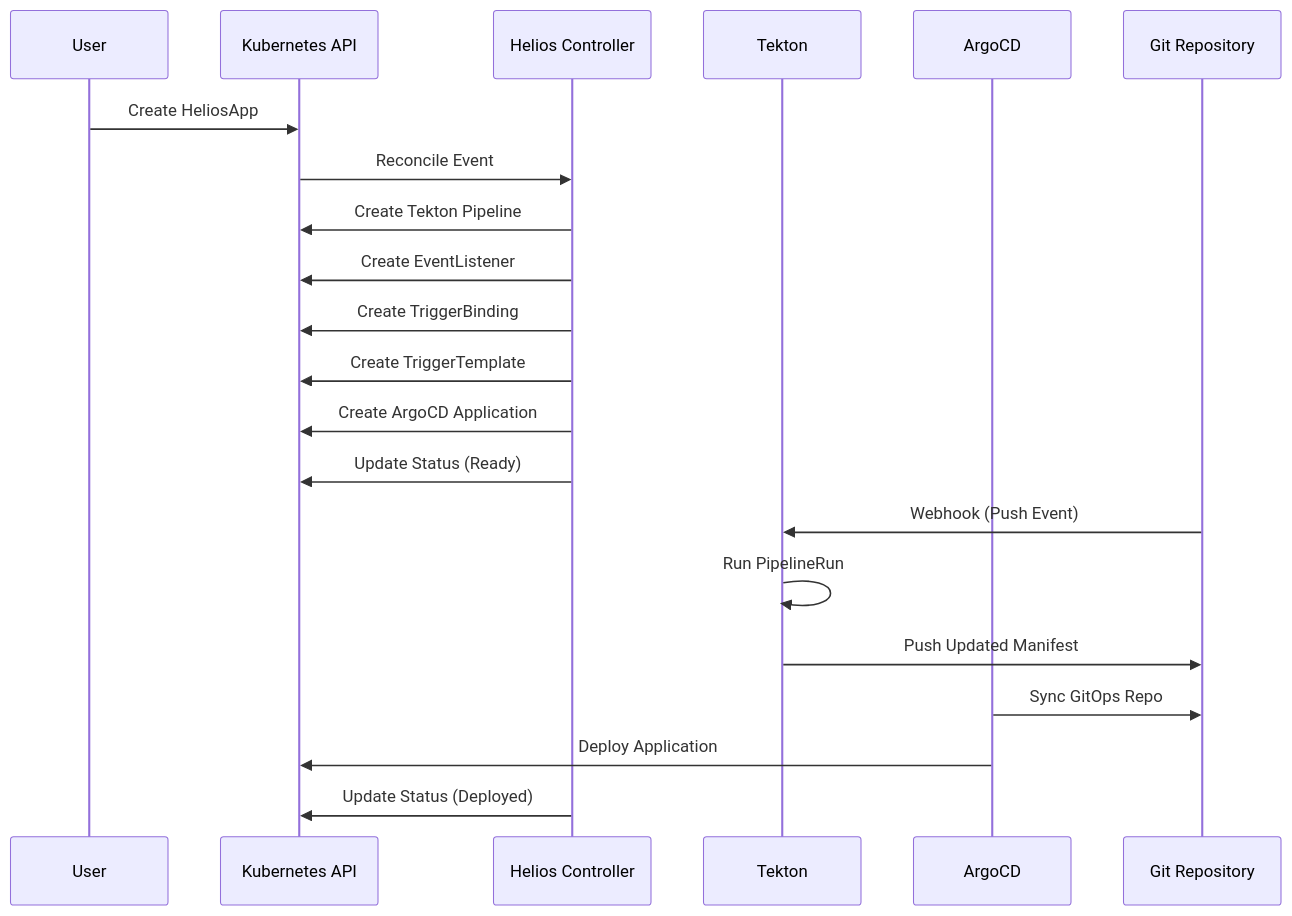
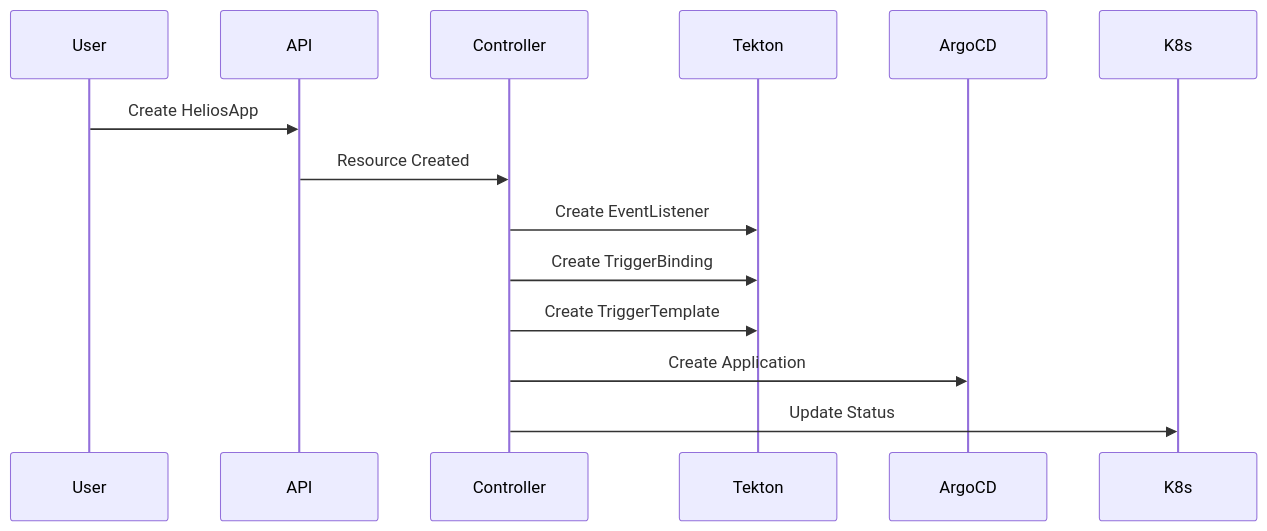
Before and after one commit to hoangphuc841/helios-operator: the fourth of 6 diagrams in docs/developer-guide/01-architecture.md, drawn with Mermaid. The commit also changed other lines of this file and 160 other files, not shown here.

````diff
--- a/docs/developer-guide/01-architecture.md
+++ b/docs/developer-guide/01-architecture.md
@@ -80,28 +148,17 @@
 ```mermaid
 sequenceDiagram
     participant User
-    participant K8s as Kubernetes API
-    participant Ctrl as Helios Controller
+    participant API
+    participant Controller
     participant Tekton
     participant ArgoCD
-    participant Git as Git Repository
+    participant K8s
 
-    User->>K8s: Create HeliosApp
-    K8s->>Ctrl: Reconcile Event
-
-    Ctrl->>K8s: Create Tekton Pipeline
-    Ctrl->>K8s: Create EventListener
-    Ctrl->>K8s: Create TriggerBinding
-    Ctrl->>K8s: Create TriggerTemplate
-    Ctrl->>K8s: Create ArgoCD Application
-    Ctrl->>K8s: Update Status (Ready)
-
-    Git->>Tekton: Webhook (Push Event)
-    Tekton->>Tekton: Run PipelineRun
-    Tekton->>Git: Push Updated Manifest
-
-    ArgoCD->>Git: Sync GitOps Repo
-    ArgoCD->>K8s: Deploy Application
-
-    Ctrl->>K8s: Update Status (Deployed)
+    User->>API: Create HeliosApp
+    API->>Controller: Resource Created
+    Controller->>Tekton: Create EventListener
+    Controller->>Tekton: Create TriggerBinding
+    Controller->>Tekton: Create TriggerTemplate
+    Controller->>ArgoCD: Create Application
+    Controller->>K8s: Update Status
 ```
````
